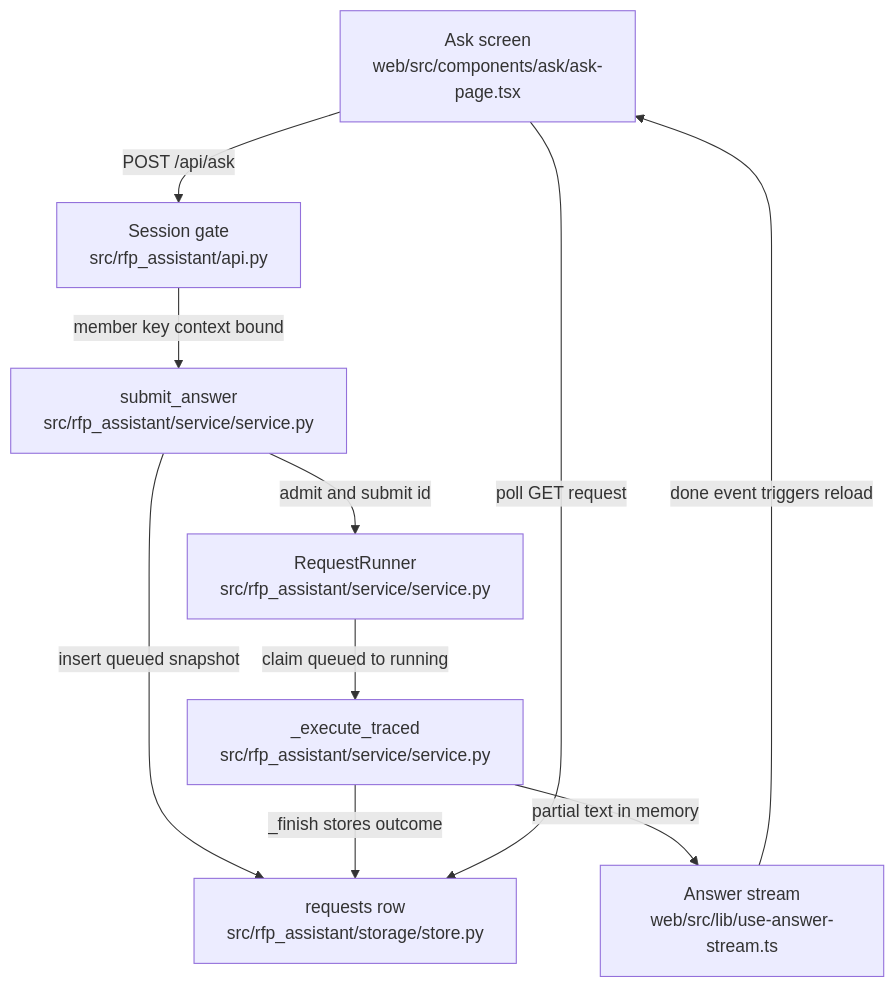
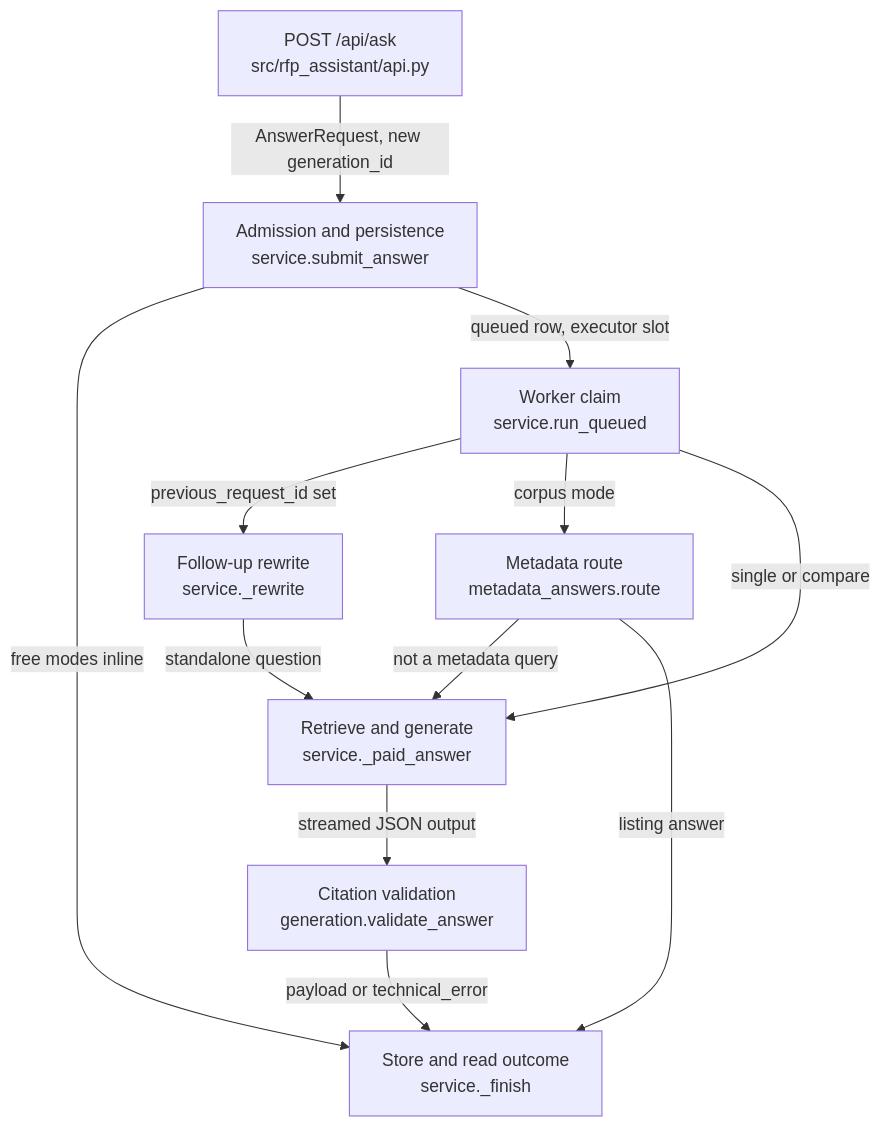
Before and after one commit to littleeeeebit/project-codeit-mid: the diagram in .omm/request-lifecycle/diagram.mmd, drawn with Mermaid. The commit also changed 367 other files, not shown here.

```diff
--- a/.omm/request-lifecycle/diagram.mmd
+++ b/.omm/request-lifecycle/diagram.mmd
@@ -1,17 +1,12 @@
 graph TD
-  ask-screen["Ask screen\nweb/src/components/ask/ask-page.tsx"]
-  session-gate["Session gate\nsrc/rfp_assistant/api.py"]
-  submit-answer["submit_answer\nsrc/rfp_assistant/service/service.py"]
-  request-runner["RequestRunner\nsrc/rfp_assistant/service/service.py"]
-  execute-answer["_execute_traced\nsrc/rfp_assistant/service/service.py"]
-  request-record["requests row\nsrc/rfp_assistant/storage/store.py"]
-  answer-stream["Answer stream\nweb/src/lib/use-answer-stream.ts"]
-  ask-screen -->|POST /api/ask| session-gate
-  session-gate -->|member key context bound| submit-answer
-  submit-answer -->|insert queued snapshot| request-record
-  submit-answer -->|admit and submit id| request-runner
-  request-runner -->|claim queued to running| execute-answer
-  execute-answer -->|partial text in memory| answer-stream
-  execute-answer -->|_finish stores outcome| request-record
-  ask-screen -->|poll GET request| request-record
-  answer-stream -->|done event triggers reload| ask-screen
+  ask-route["POST /api/ask\nsrc/rfp_assistant/api.py"] -->|"AnswerRequest, new generation_id"| submit-answer["Admission and persistence\nservice.submit_answer"]
+  submit-answer -->|"free modes inline"| finish-and-read["Store and read outcome\nservice._finish"]
+  submit-answer -->|"queued row, executor slot"| queued-worker["Worker claim\nservice.run_queued"]
+  queued-worker -->|"previous_request_id set"| follow-up-rewrite["Follow-up rewrite\nservice._rewrite"]
+  queued-worker -->|"corpus mode"| metadata-route["Metadata route\nmetadata_answers.route"]
+  queued-worker -->|"single or compare"| paid-answer["Retrieve and generate\nservice._paid_answer"]
+  follow-up-rewrite -->|"standalone question"| paid-answer
+  metadata-route -->|"not a metadata query"| paid-answer
+  metadata-route -->|"listing answer"| finish-and-read
+  paid-answer -->|"streamed JSON output"| answer-validation["Citation validation\ngeneration.validate_answer"]
+  answer-validation -->|"payload or technical_error"| finish-and-read
```
